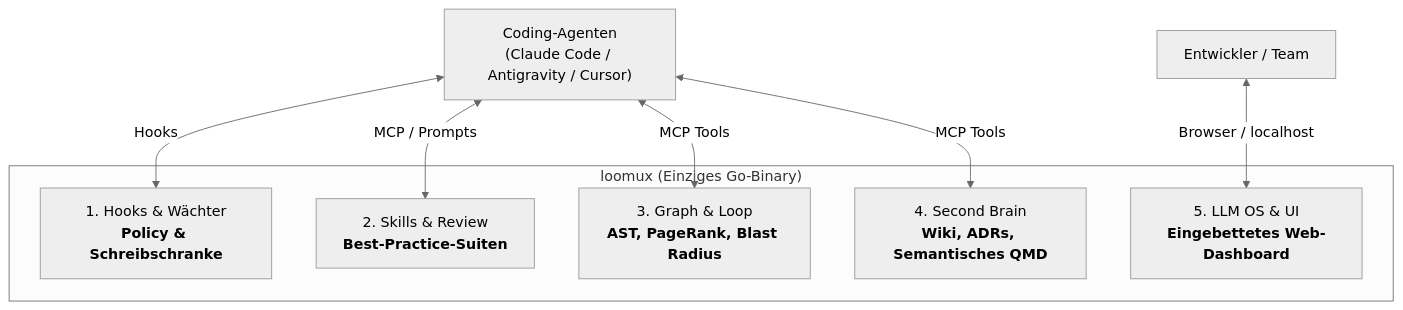
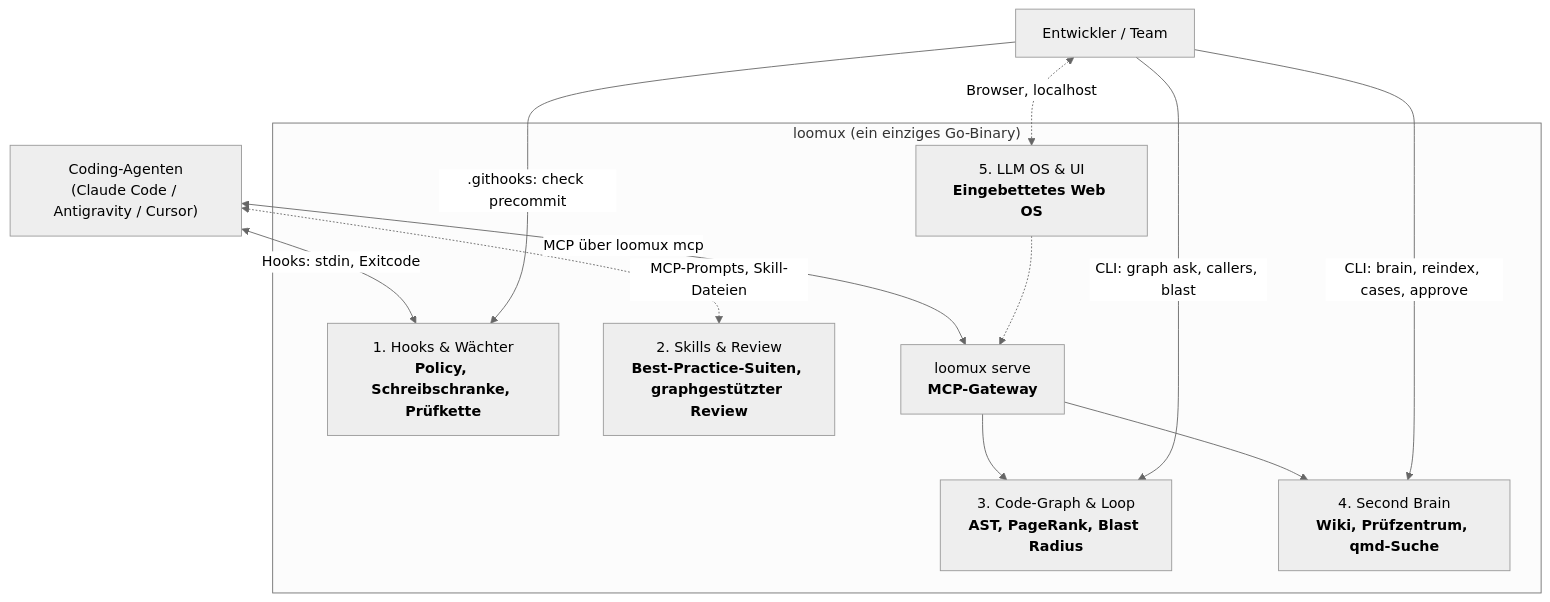
One commit to xidus90/loomux changed the first of 3 diagrams in README.de.md. Above: the diagram before and after it, drawn with Mermaid (neutral theme). The commit also changed other lines of this file and 9 other files, not shown here.

````diff
--- a/README.de.md
+++ b/README.de.md
@@ -21,16 +21,25 @@
 ```mermaid
 flowchart TD
-    subgraph Core["loomux (Einziges Go-Binary)"]
-        P1["1. Hooks & Wächter<br/><b>Policy & Schreibschranke</b>"]
-        P2["2. Skills & Review<br/><b>Best-Practice-Suiten</b>"]
-        P3["3. Graph & Loop<br/><b>AST, PageRank, Blast Radius</b>"]
-        P4["4. Second Brain<br/><b>Wiki, ADRs, Semantisches QMD</b>"]
-        P5["5. LLM OS & UI<br/><b>Eingebettetes Web-Dashboard</b>"]
+    subgraph Core["loomux (ein einziges Go-Binary)"]
+        P1["1. Hooks & Wächter<br/><b>Policy, Schreibschranke, Prüfkette</b>"]
+        P2["2. Skills & Review<br/><b>Best-Practice-Suiten, graphgestützter Review</b>"]
+        P3["3. Code-Graph & Loop<br/><b>AST, PageRank, Blast Radius</b>"]
+        P4["4. Second Brain<br/><b>Wiki, Prüfzentrum, qmd-Suche</b>"]
+        P5["5. LLM OS & UI<br/><b>Eingebettetes Web OS</b>"]
+        Serve["loomux serve<br/><b>MCP-Gateway</b>"]
     end
 
-    Agents["Coding-Agenten<br/>(Claude Code / Antigravity / Cursor)"] <--> |Hooks| P1
-    Agents <--> |MCP / Prompts| P2
-    Agents <--> |MCP Tools| P3
-    Agents <--> |MCP Tools| P4
-    Human["Entwickler / Team"] <--> |Browser / localhost| P5
+    Agents["Coding-Agenten<br/>(Claude Code / Antigravity / Cursor)"]
+    Human["Entwickler / Team"]
+
+    Agents <--> |"Hooks: stdin, Exitcode"| P1
+    Agents <--> |"MCP über loomux mcp"| Serve
+    Serve --> P3
+    Serve --> P4
+    Agents <-.-> |"MCP-Prompts, Skill-Dateien"| P2
+    Human --> |".githooks: check precommit"| P1
+    Human --> |"CLI: graph ask, callers, blast"| P3
+    Human --> |"CLI: brain, reindex, cases, approve"| P4
+    Human <-.-> |"Browser, localhost"| P5
+    P5 -.-> Serve
 ```
````
